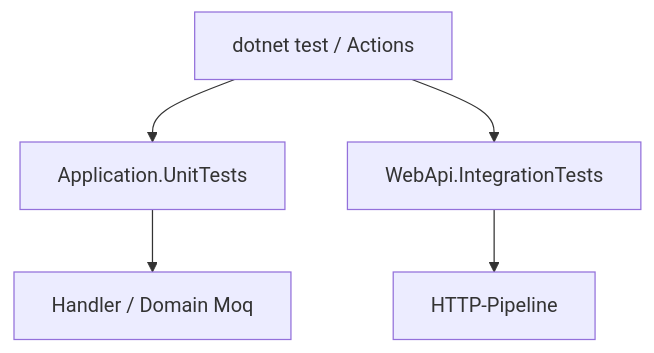
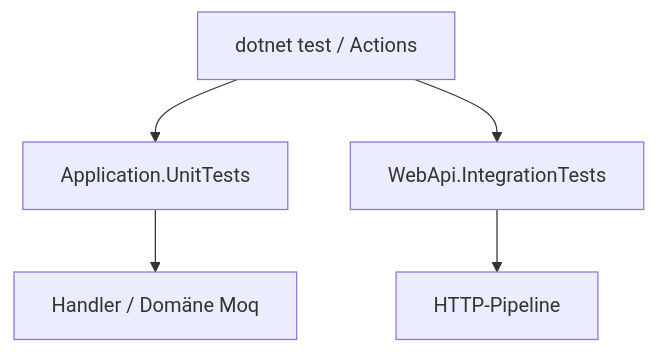
Before and after one commit to fdeniz07/BankApp: the first of 2 diagrams in docs/learning/de/10-testing.md, drawn with Mermaid. The commit also changed other lines of this file and 105 other files, not shown here.

First line of the commit message:
doc: Enrich learning chapters with labs, pitfalls, and safe Mermaid

````diff
--- a/docs/learning/de/10-testing.md
+++ b/docs/learning/de/10-testing.md
@@ -10,7 +12,7 @@
 ```mermaid
 flowchart TD
   CI[dotnet test / Actions] --> U[Application.UnitTests]
   CI --> I[WebApi.IntegrationTests]
-  U --> H[Handler / Domain Moq]
+  U --> H[Handler / Domäne Moq]
   I --> HTTP[HTTP-Pipeline]
 ```
````
